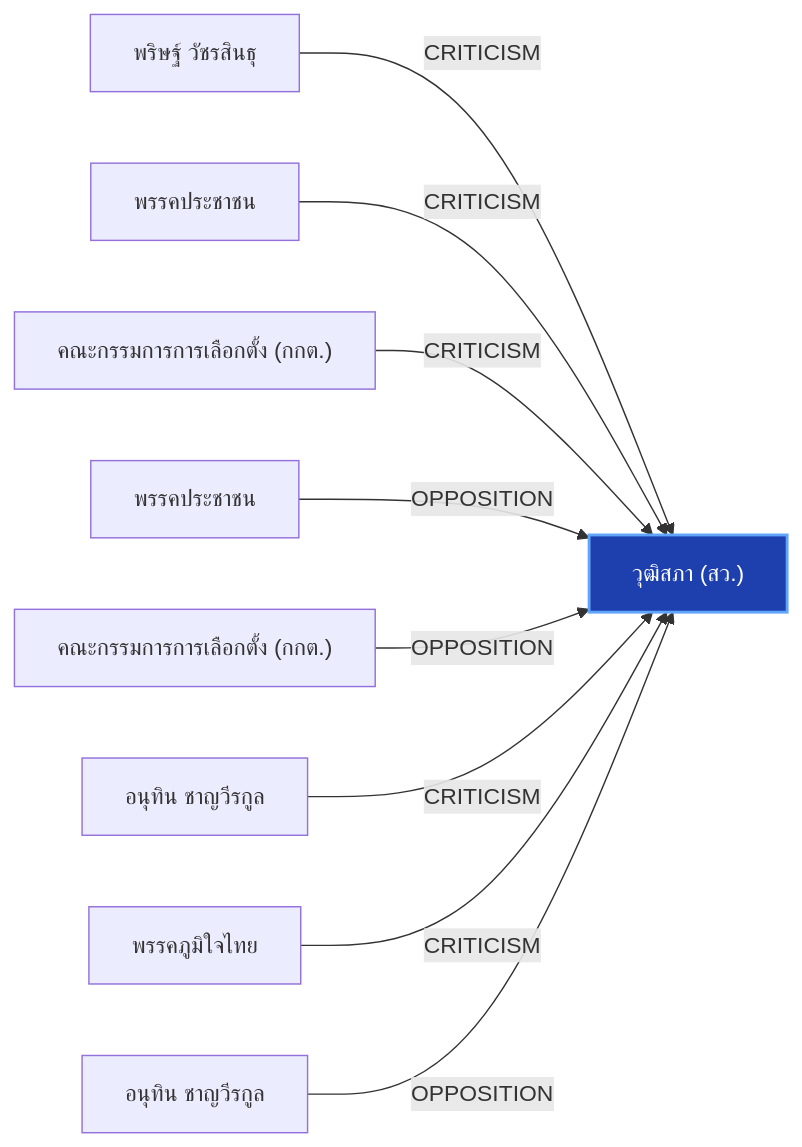
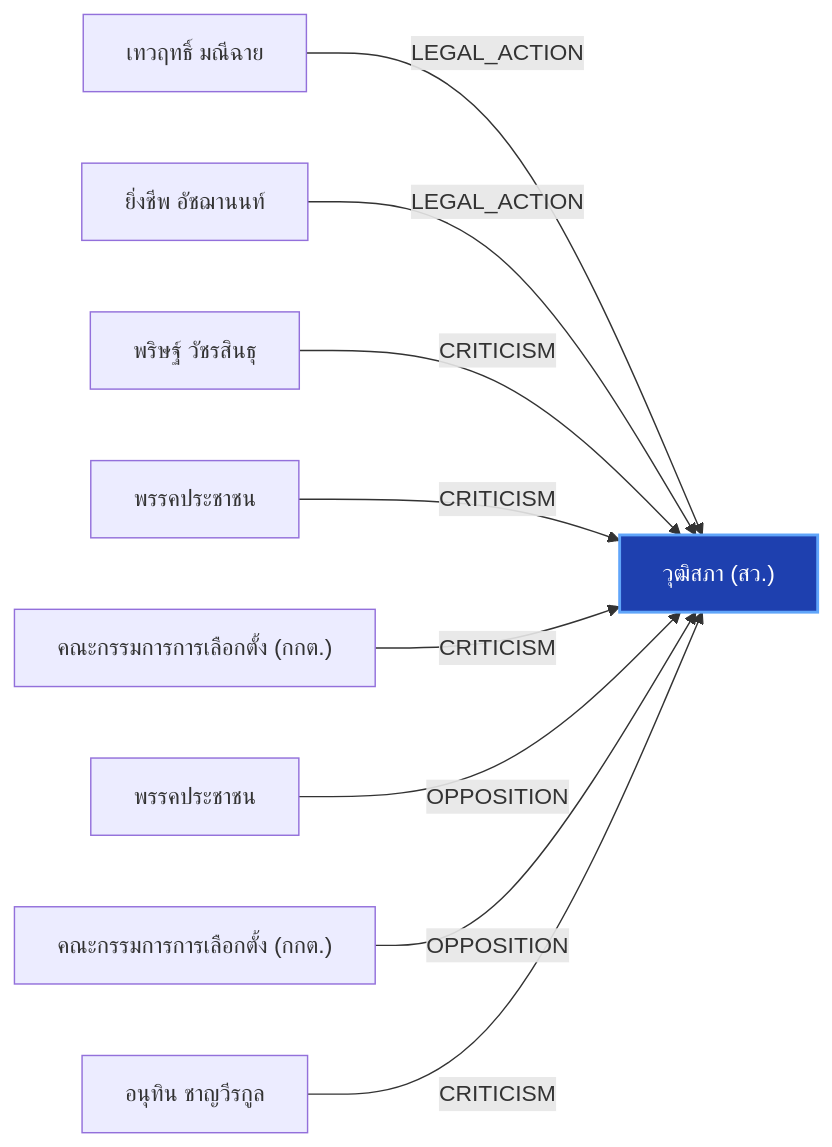
One commit to KanoonGammy/Political changed the diagram in wiki/entities/senate_thailand.md. Above: the diagram before and after it, drawn with Mermaid. The commit also changed other lines of this file and 36 other files, not shown here.

Commit message:
feat: add Senate collusion scandal graph (ฮั้ว สว.) with clear portrait photos and investigation evidence

````diff
--- a/wiki/entities/senate_thailand.md
+++ b/wiki/entities/senate_thailand.md
@@ -26,13 +26,13 @@
 ```mermaid
 flowchart LR
     curr["วุฒิสภา (สว.)"]:::target
-    n0["พริษฐ์ วัชรสินธุ"] -- "CRITICISM" --> curr
-    n1["พรรคประชาชน"] -- "CRITICISM" --> curr
-    n2["คณะกรรมการการเลือกตั้ง (กกต.)"] -- "CRITICISM" --> curr
-    n3["พรรคประชาชน"] -- "OPPOSITION" --> curr
-    n4["คณะกรรมการการเลือกตั้ง (กกต.)"] -- "OPPOSITION" --> curr
-    n5["อนุทิน ชาญวีรกูล"] -- "CRITICISM" --> curr
-    n6["พรรคภูมิใจไทย"] -- "CRITICISM" --> curr
-    n7["อนุทิน ชาญวีรกูล"] -- "OPPOSITION" --> curr
+    n0["เทวฤทธิ์ มณีฉาย"] -- "LEGAL_ACTION" --> curr
+    n1["ยิ่งชีพ อัชฌานนท์"] -- "LEGAL_ACTION" --> curr
+    n2["พริษฐ์ วัชรสินธุ"] -- "CRITICISM" --> curr
+    n3["พรรคประชาชน"] -- "CRITICISM" --> curr
+    n4["คณะกรรมการการเลือกตั้ง (กกต.)"] -- "CRITICISM" --> curr
+    n5["พรรคประชาชน"] -- "OPPOSITION" --> curr
+    n6["คณะกรรมการการเลือกตั้ง (กกต.)"] -- "OPPOSITION" --> curr
+    n7["อนุทิน ชาญวีรกูล"] -- "CRITICISM" --> curr
     classDef target fill:#1e40af,stroke:#60a5fa,stroke-width:2px,color:#ffffff;
 ```
````
